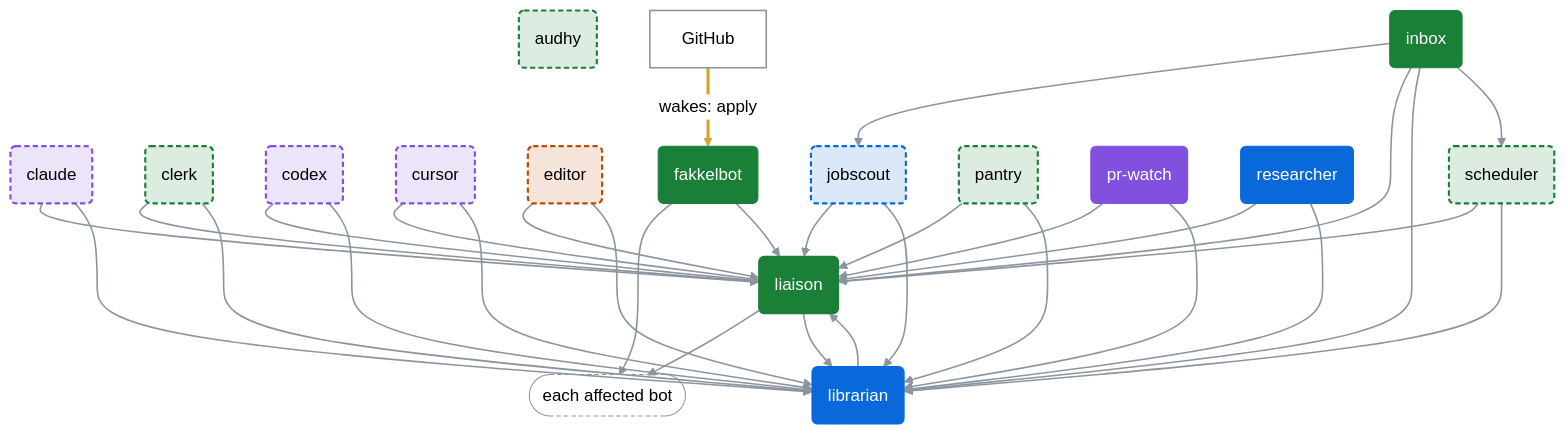
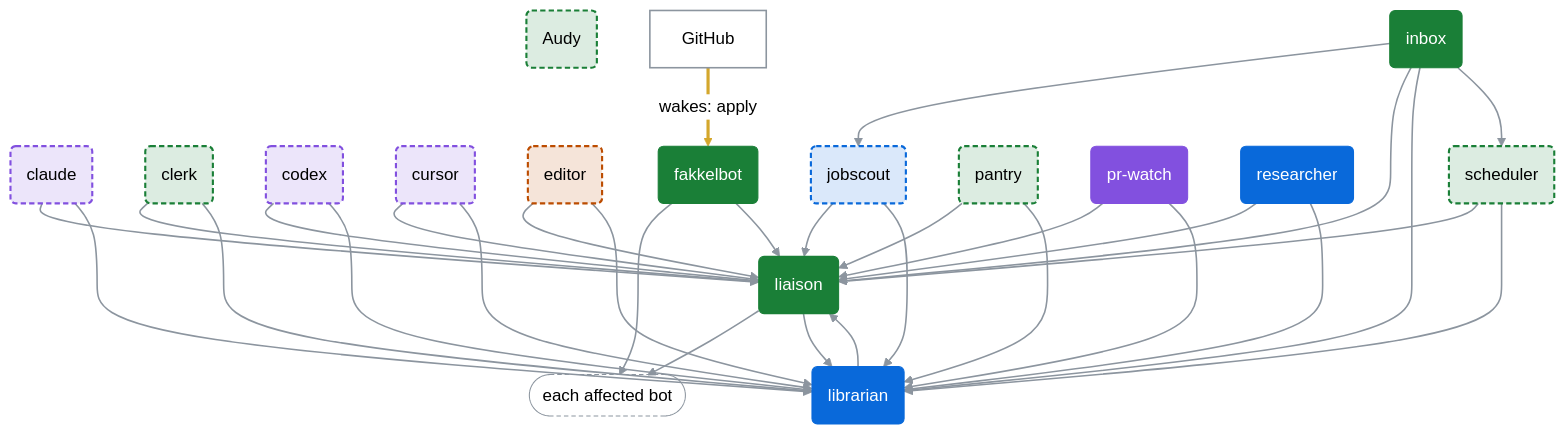
One commit to dfakkeldy/fakkelbot changed the first of 2 diagrams in docs/bot-chart.md. Above: the diagram before and after it, drawn with Mermaid (neutral theme). The commit also changed other lines of this file and 7 other files, not shown here.

````diff
--- a/docs/bot-chart.md
+++ b/docs/bot-chart.md
@@ -13,71 +13,71 @@
 ```mermaid
 %%{init: {"flowchart": {"curve": "basis"}}}%%
 flowchart TB
-    bot_audhy("audhy")
+    bot_audy("Audy")
     bot_claude("claude")
     bot_clerk("clerk")
     bot_codex("codex")
     bot_cursor("cursor")
     bot_editor("editor")
     bot_fakkelbot("fakkelbot")
     bot_inbox("inbox")
     bot_jobscout("jobscout")
     bot_liaison("liaison")
     bot_librarian("librarian")
     bot_pantry("pantry")
     bot_pr_watch("pr-watch")
     bot_researcher("researcher")
     bot_scheduler("scheduler")
     fan_each_affected_bot(["each affected bot"])
     sys_github["GitHub"]
     bot_claude --> bot_liaison
     bot_claude --> bot_librarian
     bot_clerk --> bot_liaison
     bot_clerk --> bot_librarian
     bot_codex --> bot_liaison
     bot_codex --> bot_librarian
     bot_cursor --> bot_liaison
     bot_cursor --> bot_librarian
     bot_editor --> bot_liaison
     bot_editor --> bot_librarian
     bot_fakkelbot --> fan_each_affected_bot
     bot_fakkelbot --> bot_liaison
     bot_inbox --> bot_jobscout
     bot_inbox --> bot_liaison
     bot_inbox --> bot_librarian
     bot_inbox --> bot_scheduler
     bot_jobscout --> bot_liaison
     bot_jobscout --> bot_librarian
     bot_liaison --> fan_each_affected_bot
     bot_liaison --> bot_librarian
     bot_librarian --> bot_liaison
     bot_pantry --> bot_liaison
     bot_pantry --> bot_librarian
     bot_pr_watch --> bot_liaison
     bot_pr_watch --> bot_librarian
     bot_researcher --> bot_liaison
     bot_researcher --> bot_librarian
     bot_scheduler --> bot_liaison
     bot_scheduler --> bot_librarian
     sys_github ==>|"wakes: apply"| bot_fakkelbot
     classDef daily_life_optional fill:#1a7f3726,stroke:#1a7f37,stroke-width:2px,stroke-dasharray:5 3
-    class bot_audhy,bot_clerk,bot_pantry,bot_scheduler daily_life_optional
+    class bot_audy,bot_clerk,bot_pantry,bot_scheduler daily_life_optional
     classDef builders_optional fill:#8250df26,stroke:#8250df,stroke-width:2px,stroke-dasharray:5 3
     class bot_claude,bot_codex,bot_cursor builders_optional
     classDef content_optional fill:#bc4c0026,stroke:#bc4c00,stroke-width:2px,stroke-dasharray:5 3
     class bot_editor content_optional
     classDef daily_life fill:#1a7f37,stroke:#1a7f37,color:#ffffff
     class bot_fakkelbot,bot_inbox,bot_liaison daily_life
     classDef work_optional fill:#0969da26,stroke:#0969da,stroke-width:2px,stroke-dasharray:5 3
     class bot_jobscout work_optional
     classDef work fill:#0969da,stroke:#0969da,color:#ffffff
     class bot_librarian,bot_researcher work
     classDef builders fill:#8250df,stroke:#8250df,color:#ffffff
     class bot_pr_watch builders
     classDef system fill:transparent,stroke:#8c959f,stroke-width:1.5px
     class sys_github system
     classDef fan_out fill:transparent,stroke:#8c959f,stroke-dasharray:4 3
     class fan_each_affected_bot fan_out
     linkStyle 0,1,2,3,4,5,6,7,8,9,10,11,12,13,14,15,16,17,18,19,20,21,22,23,24,25,26,27,28 stroke:#8c959f,stroke-width:1.5px
     linkStyle 29 stroke:#d4a72c,stroke-width:3px
 ```
````
